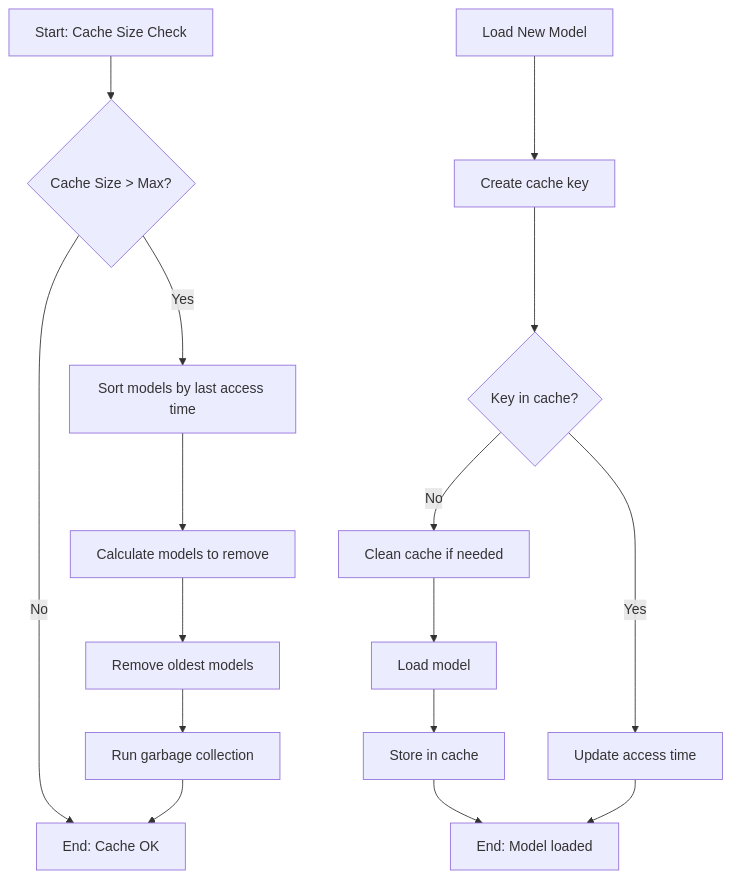
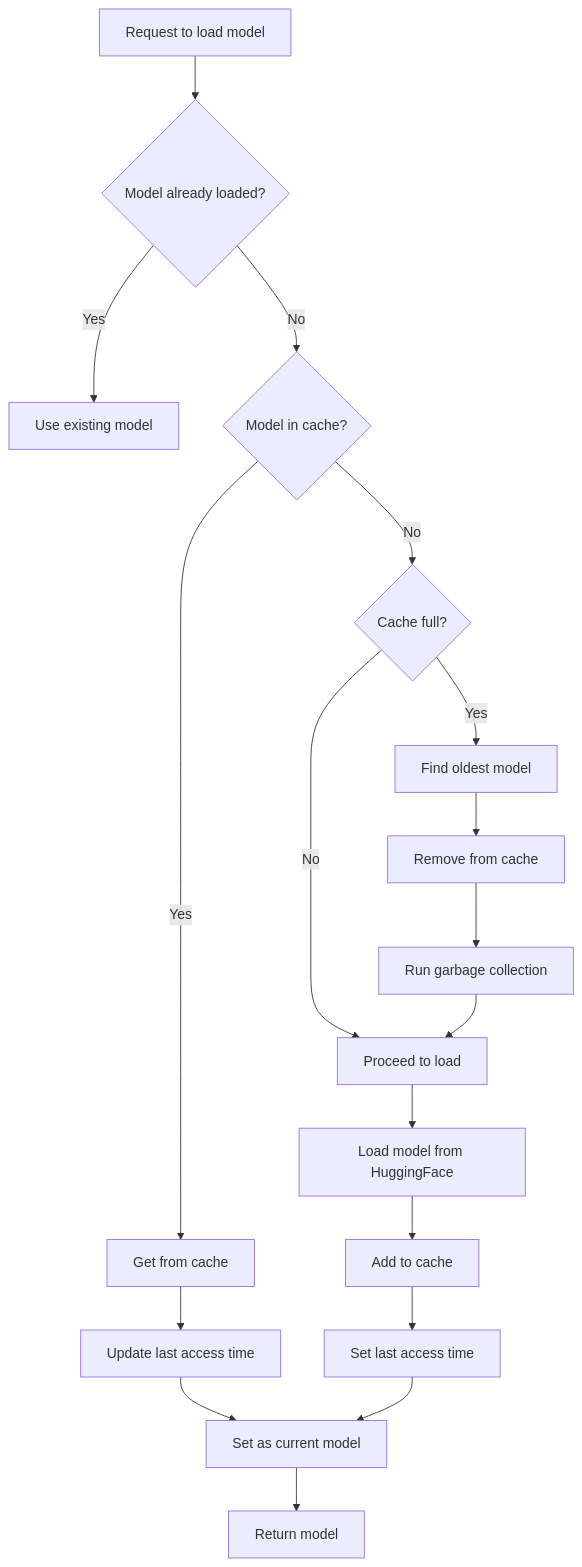
One commit to lpalbou/AbstractLLM changed the seventh of 9 diagrams in docs/data_flow.md. Above: the diagram before and after it, drawn with Mermaid. The commit also changed other lines of this file and 32 other files, not shown here.

````diff
--- a/docs/data_flow.md
+++ b/docs/data_flow.md
@@ -303,19 +586,24 @@
 ```mermaid
 flowchart TD
-    A[Start: Cache Size Check] --> B{Cache Size > Max?}
-    B -- No --> G[End: Cache OK]
-    B -- Yes --> C[Sort models by last access time]
-    C --> D[Calculate models to remove]
-    D --> E[Remove oldest models]
-    E --> F[Run garbage collection]
-    F --> G
+    A[Request to load model] --> B{Model already loaded?}
+    B -->|Yes| C[Use existing model]
+    B -->|No| D{Model in cache?}
     
-    H[Load New Model] --> I[Create cache key]
-    I --> J{Key in cache?}
-    J -- Yes --> K[Update access time]
-    J -- No --> L[Clean cache if needed]
-    L --> M[Load model]
-    M --> N[Store in cache]
-    N --> O[End: Model loaded]
-    K --> O
+    D -->|Yes| E[Get from cache]
+    E --> F[Update last access time]
+    F --> G[Set as current model]
+    
+    D -->|No| H{Cache full?}
+    H -->|Yes| I[Find oldest model]
+    I --> J[Remove from cache]
+    J --> K[Run garbage collection]
+    H -->|No| L[Proceed to load]
+    K --> L
+    
+    L --> M[Load model from HuggingFace]
+    M --> N[Add to cache]
+    N --> O[Set last access time]
+    O --> G
+    
+    G --> P[Return model]
 ```
````
